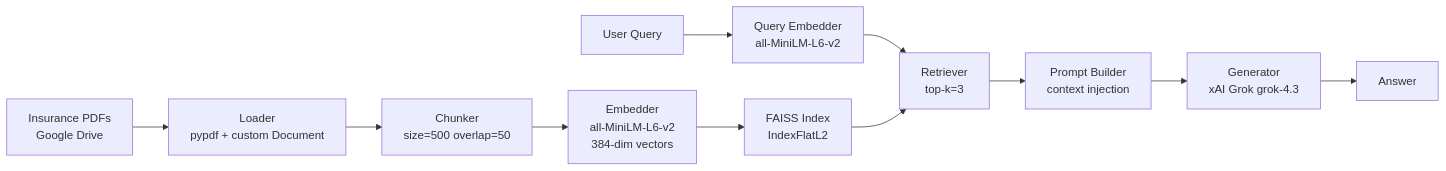
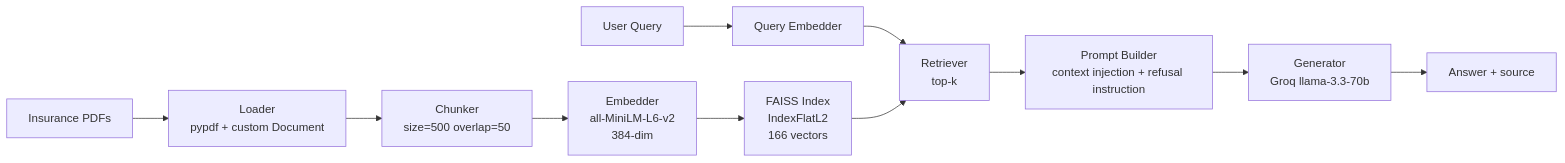
One commit to Victorianukiry/rag-from-scratch changed the diagram in README.md. Above: the diagram before and after it, drawn with Mermaid. The commit also changed other lines of this file, not shown here.

````diff
--- a/README.md
+++ b/README.md
@@ -10,13 +13,13 @@
 ```mermaid
 flowchart LR
-    A[Insurance PDFs\nGoogle Drive] --> B[Loader\npypdf + custom Document]
+    A[Insurance PDFs] --> B[Loader\npypdf + custom Document]
     B --> C[Chunker\nsize=500 overlap=50]
-    C --> D[Embedder\nall-MiniLM-L6-v2\n384-dim vectors]
-    D --> E[FAISS Index\nIndexFlatL2]
-    F[User Query] --> G[Query Embedder\nall-MiniLM-L6-v2]
-    G --> H[Retriever\ntop-k=3]
+    C --> D[Embedder\nall-MiniLM-L6-v2\n384-dim]
+    D --> E[FAISS Index\nIndexFlatL2\n166 vectors]
+    F[User Query] --> G[Query Embedder]
+    G --> H[Retriever\ntop-k]
     E --> H
-    H --> I[Prompt Builder\ncontext injection]
-    I --> J[Generator\nxAI Grok grok-4.3]
-    J --> K[Answer]
+    H --> I[Prompt Builder\ncontext injection + refusal instruction]
+    I --> J[Generator\nGroq llama-3.3-70b]
+    J --> K[Answer + source]
 ```
````
